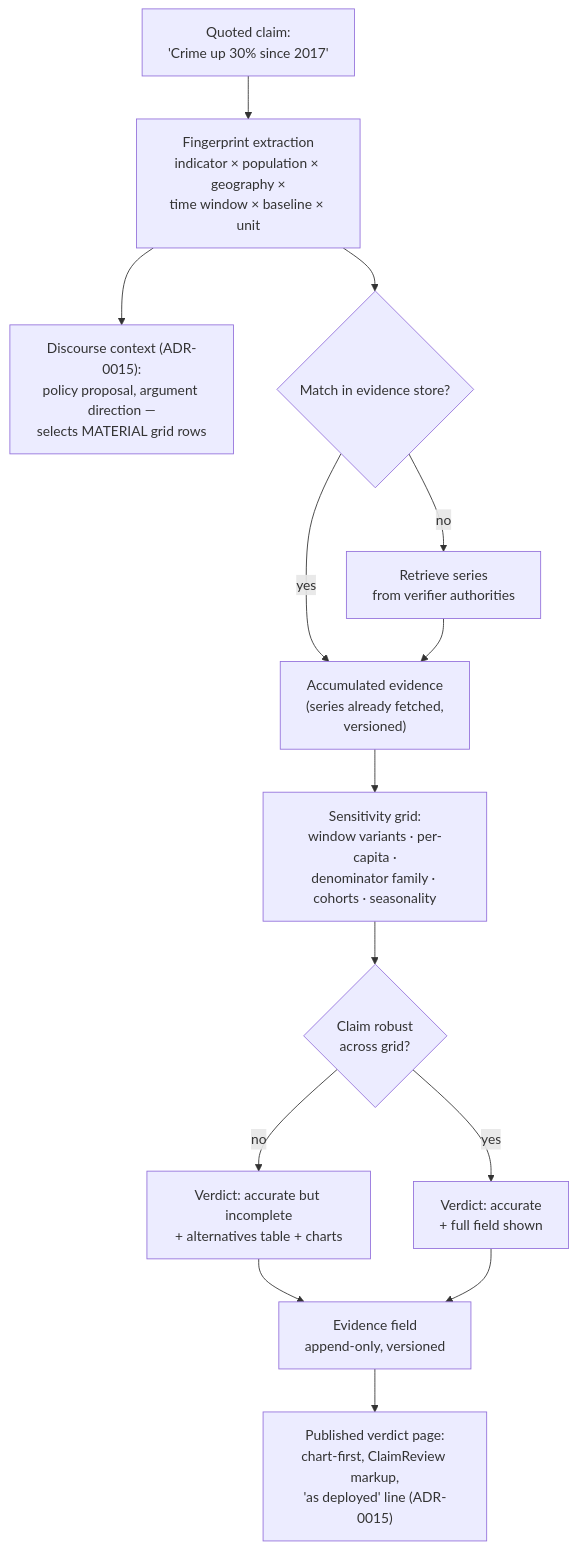
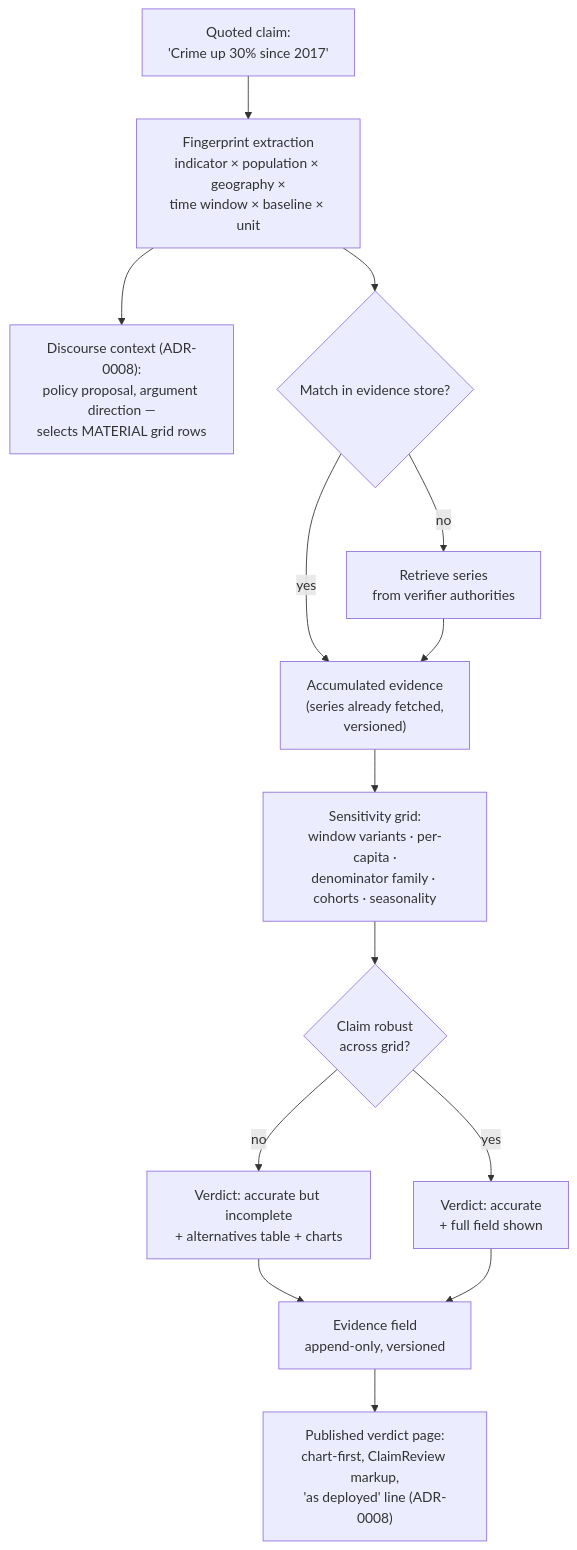
One commit to bradleyscott/claimwatch-nz changed the fourth of 5 diagrams in docs/ARCHITECTURE.md. Above: the diagram before and after it, drawn with Mermaid. The commit also changed other lines of this file and 29 other files, not shown here.

````diff
--- a/docs/ARCHITECTURE.md
+++ b/docs/ARCHITECTURE.md
@@ -107,16 +107,16 @@
 ```mermaid
 flowchart TB
     CLAIM["Quoted claim:<br/>'Crime up 30% since 2017'"] --> FP["Fingerprint extraction<br/>indicator × population × geography ×<br/>time window × baseline × unit"]
-    FP --> CTX["Discourse context (ADR-0015):<br/>policy proposal, argument direction —<br/>selects MATERIAL grid rows"]
+    FP --> CTX["Discourse context (ADR-0008):<br/>policy proposal, argument direction —<br/>selects MATERIAL grid rows"]
     FP --> MATCH{"Match in evidence store?"}
     MATCH -- "yes" --> SERIES["Accumulated evidence<br/>(series already fetched,<br/>versioned)"]
     MATCH -- "no" --> RETRIEVE["Retrieve series<br/>from verifier authorities"]
     RETRIEVE --> SERIES
     SERIES --> GRID["Sensitivity grid:<br/>window variants · per-capita ·<br/>denominator family · cohorts · seasonality"]
     GRID --> CLASS{"Claim robust<br/>across grid?"}
     CLASS -- "yes" --> V1["Verdict: accurate<br/>+ full field shown"]
     CLASS -- "no" --> V2["Verdict: accurate but incomplete<br/>+ alternatives table + charts"]
     V2 --> FIELD["Evidence field<br/>append-only, versioned"]
     V1 --> FIELD
-    FIELD --> PUBLISH["Published verdict page:<br/>chart-first, ClaimReview markup,<br/>'as deployed' line (ADR-0015)"]
+    FIELD --> PUBLISH["Published verdict page:<br/>chart-first, ClaimReview markup,<br/>'as deployed' line (ADR-0008)"]
 ```
````
